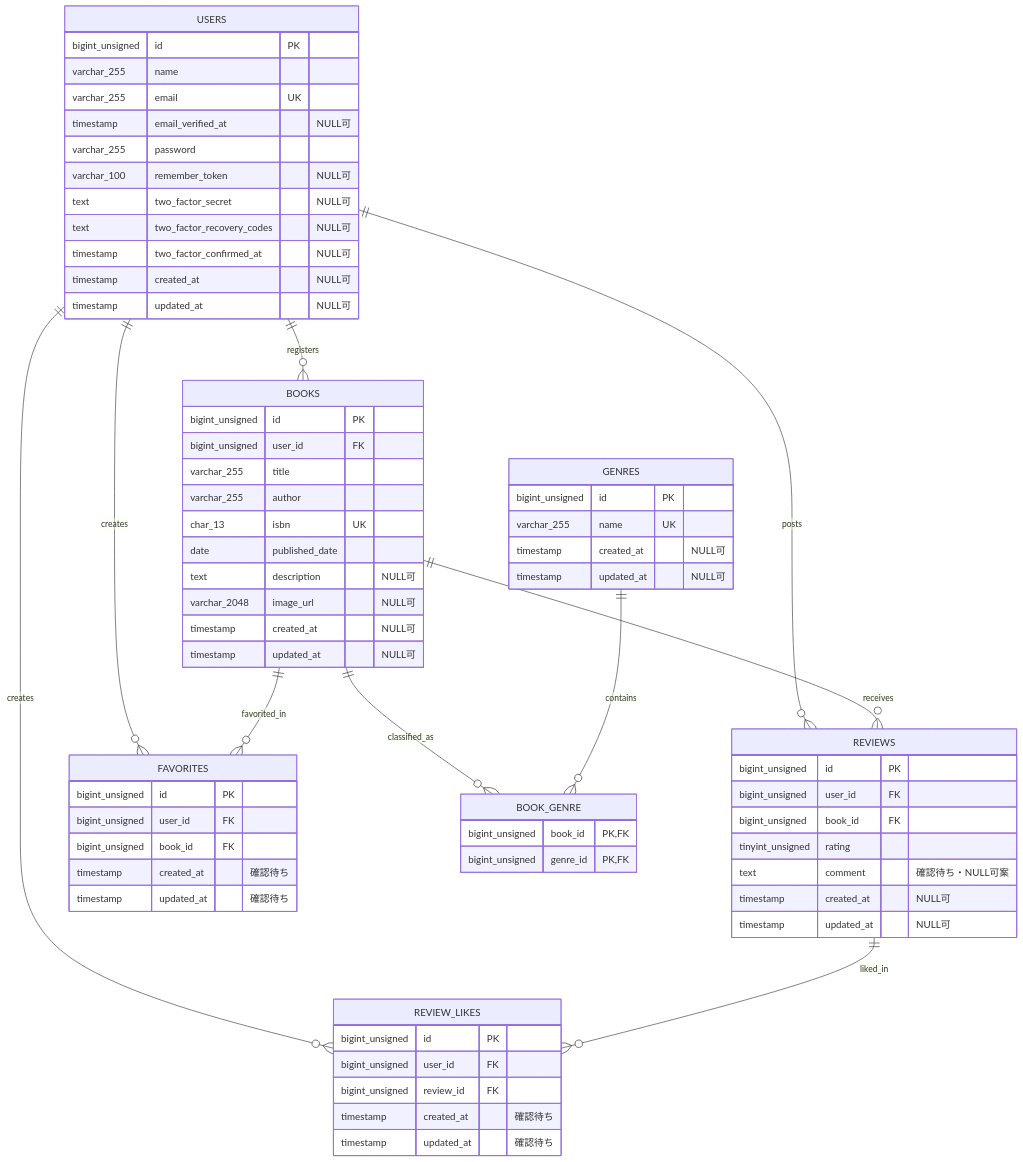
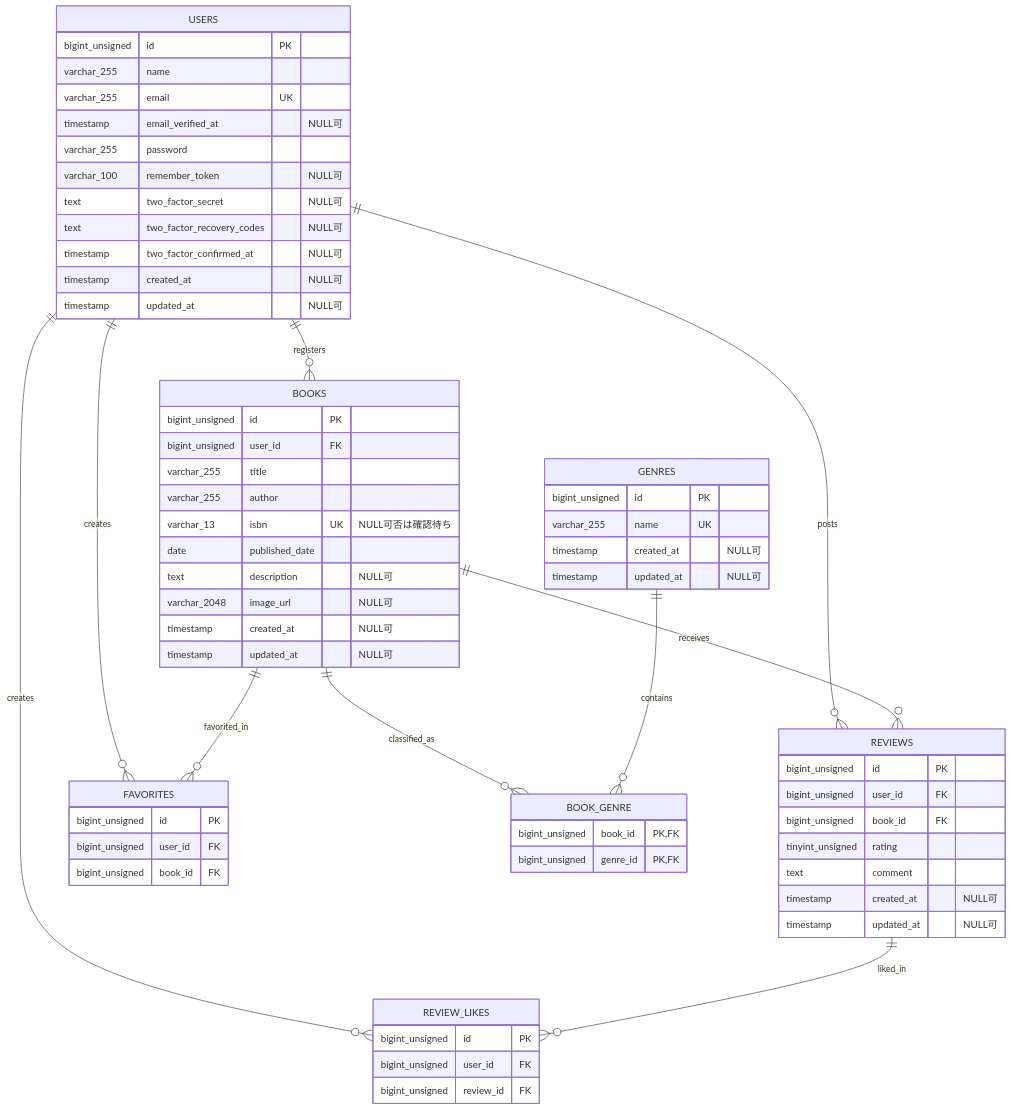
One commit to Natsumi-Ogino/bookshelf-app changed the diagram in docs/basic-database-design-draft.md. Above: the diagram before and after it, drawn with Mermaid. The commit also changed other lines of this file and 1 other file, not shown here.

````diff
--- a/docs/basic-database-design-draft.md
+++ b/docs/basic-database-design-draft.md
@@ -28,77 +31,73 @@
 ```mermaid
 erDiagram
     USERS ||--o{ BOOKS : registers
     USERS ||--o{ REVIEWS : posts
     USERS ||--o{ FAVORITES : creates
     USERS ||--o{ REVIEW_LIKES : creates
     BOOKS ||--o{ REVIEWS : receives
     BOOKS ||--o{ BOOK_GENRE : classified_as
     GENRES ||--o{ BOOK_GENRE : contains
     BOOKS ||--o{ FAVORITES : favorited_in
     REVIEWS ||--o{ REVIEW_LIKES : liked_in
 
     USERS {
         bigint_unsigned id PK
         varchar_255 name
         varchar_255 email UK
         timestamp email_verified_at "NULL可"
         varchar_255 password
         varchar_100 remember_token "NULL可"
         text two_factor_secret "NULL可"
         text two_factor_recovery_codes "NULL可"
         timestamp two_factor_confirmed_at "NULL可"
         timestamp created_at "NULL可"
         timestamp updated_at "NULL可"
     }
 
     BOOKS {
         bigint_unsigned id PK
         bigint_unsigned user_id FK
         varchar_255 title
         varchar_255 author
-        char_13 isbn UK
+        varchar_13 isbn UK "NULL可否は確認待ち"
         date published_date
         text description "NULL可"
         varchar_2048 image_url "NULL可"
         timestamp created_at "NULL可"
         timestamp updated_at "NULL可"
     }
 
     GENRES {
         bigint_unsigned id PK
         varchar_255 name UK
         timestamp created_at "NULL可"
         timestamp updated_at "NULL可"
     }
 
     BOOK_GENRE {
         bigint_unsigned book_id PK,FK
         bigint_unsigned genre_id PK,FK
     }
 
     REVIEWS {
         bigint_unsigned id PK
         bigint_unsigned user_id FK
         bigint_unsigned book_id FK
         tinyint_unsigned rating
-        text comment "確認待ち・NULL可案"
+        text comment
         timestamp created_at "NULL可"
         timestamp updated_at "NULL可"
     }
 
     FAVORITES {
         bigint_unsigned id PK
         bigint_unsigned user_id FK
         bigint_unsigned book_id FK
-        timestamp created_at "確認待ち"
-        timestamp updated_at "確認待ち"
     }
 
     REVIEW_LIKES {
         bigint_unsigned id PK
         bigint_unsigned user_id FK
         bigint_unsigned review_id FK
-        timestamp created_at "確認待ち"
-        timestamp updated_at "確認待ち"
     }
 ```
````
